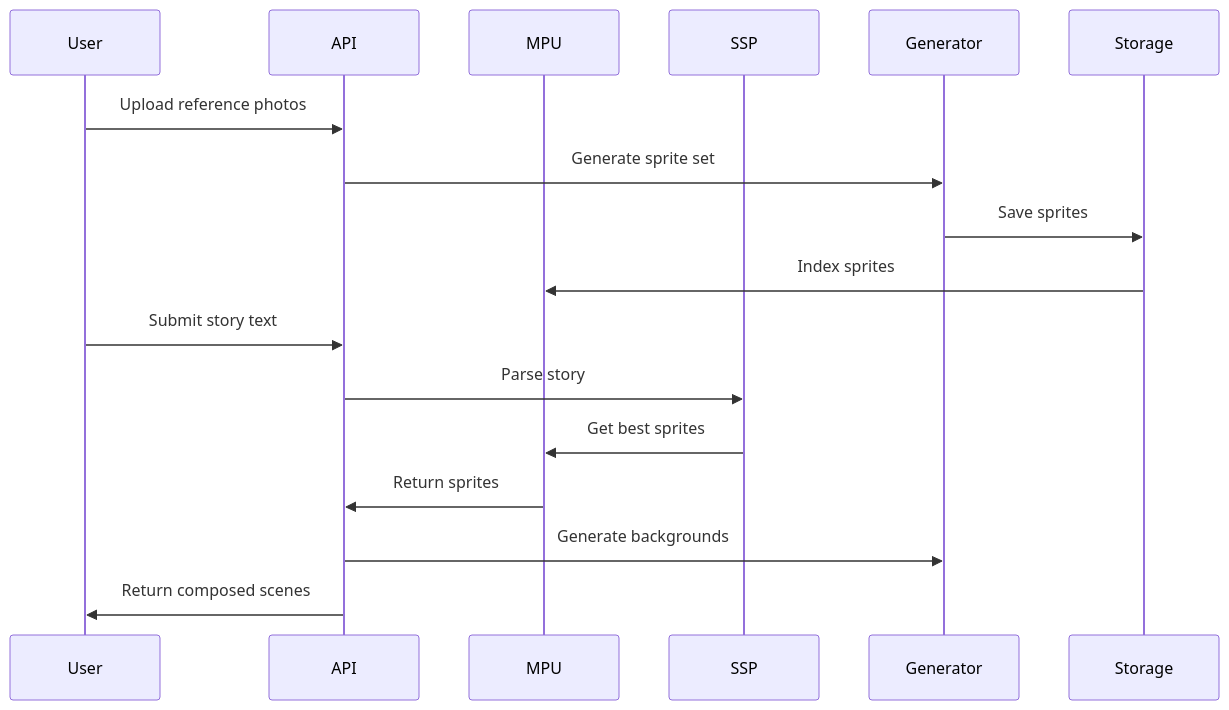
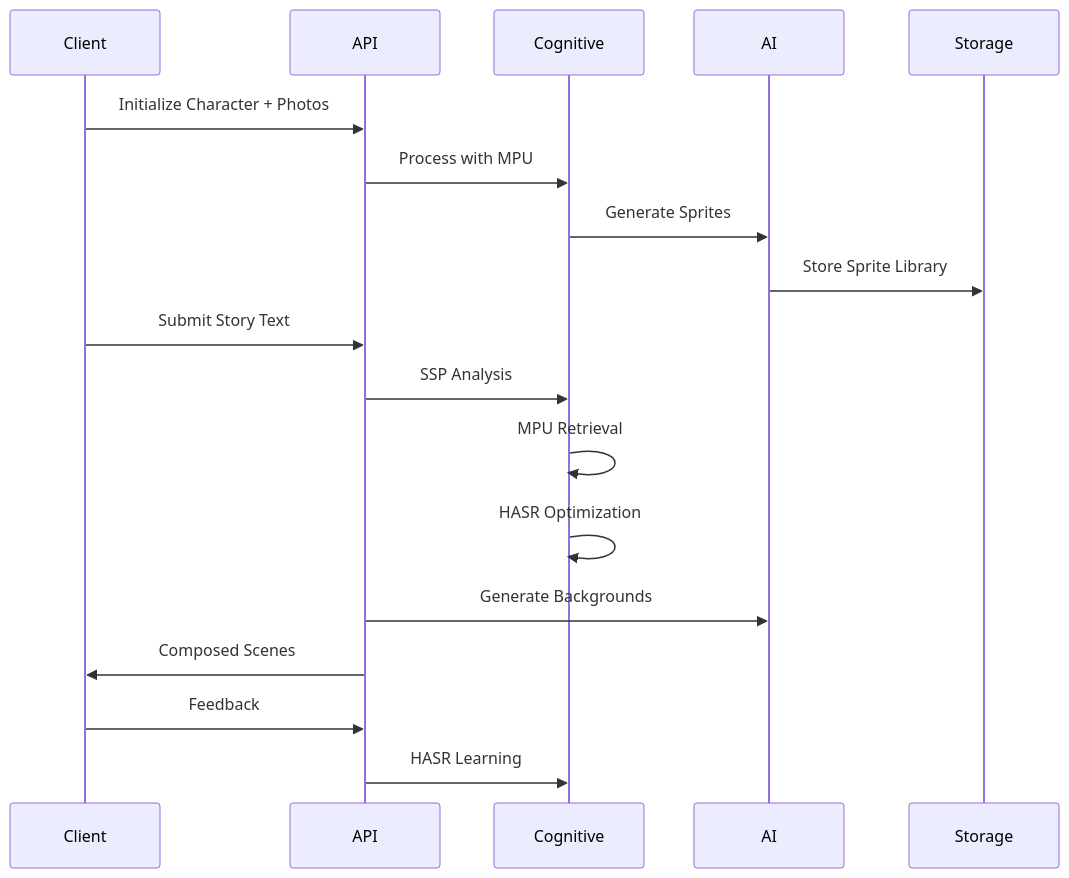
The second of 2 diagrams in README.md (alright-alright/LucianMirror), drawn with Mermaid before and after one commit. The commit also changed other lines of this file, not shown here.

````diff
--- a/README.md
+++ b/README.md
@@ -207,21 +191,23 @@
 ```mermaid
 sequenceDiagram
-    participant User
+    participant Client
     participant API
-    participant MPU
-    participant SSP
-    participant Generator
+    participant Cognitive
+    participant AI
     participant Storage
     
-    User->>API: Upload reference photos
-    API->>Generator: Generate sprite set
-    Generator->>Storage: Save sprites
-    Storage->>MPU: Index sprites
+    Client->>API: Initialize Character + Photos
+    API->>Cognitive: Process with MPU
+    Cognitive->>AI: Generate Sprites
+    AI->>Storage: Store Sprite Library
     
-    User->>API: Submit story text
-    API->>SSP: Parse story
-    SSP->>MPU: Get best sprites
-    MPU->>API: Return sprites
-    API->>Generator: Generate backgrounds
-    API->>User: Return composed scenes
+    Client->>API: Submit Story Text
+    API->>Cognitive: SSP Analysis
+    Cognitive->>Cognitive: MPU Retrieval
+    Cognitive->>Cognitive: HASR Optimization
+    API->>AI: Generate Backgrounds
+    API->>Client: Composed Scenes
+    
+    Client->>API: Feedback
+    API->>Cognitive: HASR Learning
 ```
````
